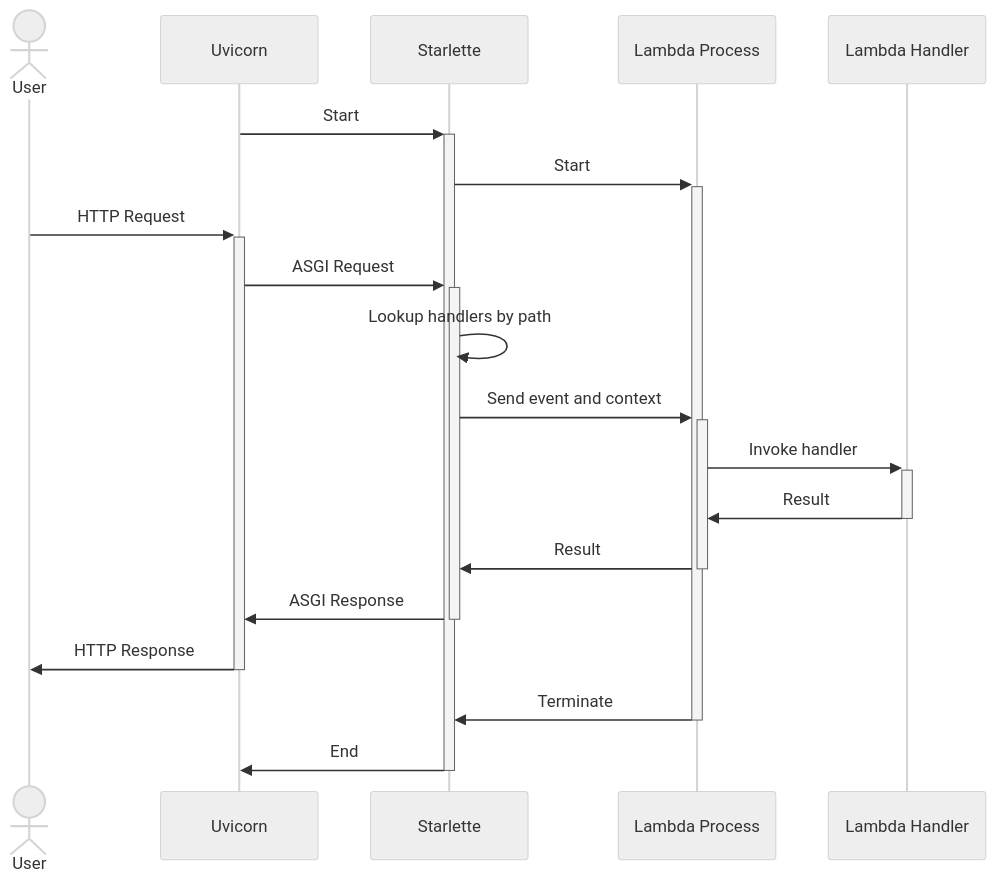
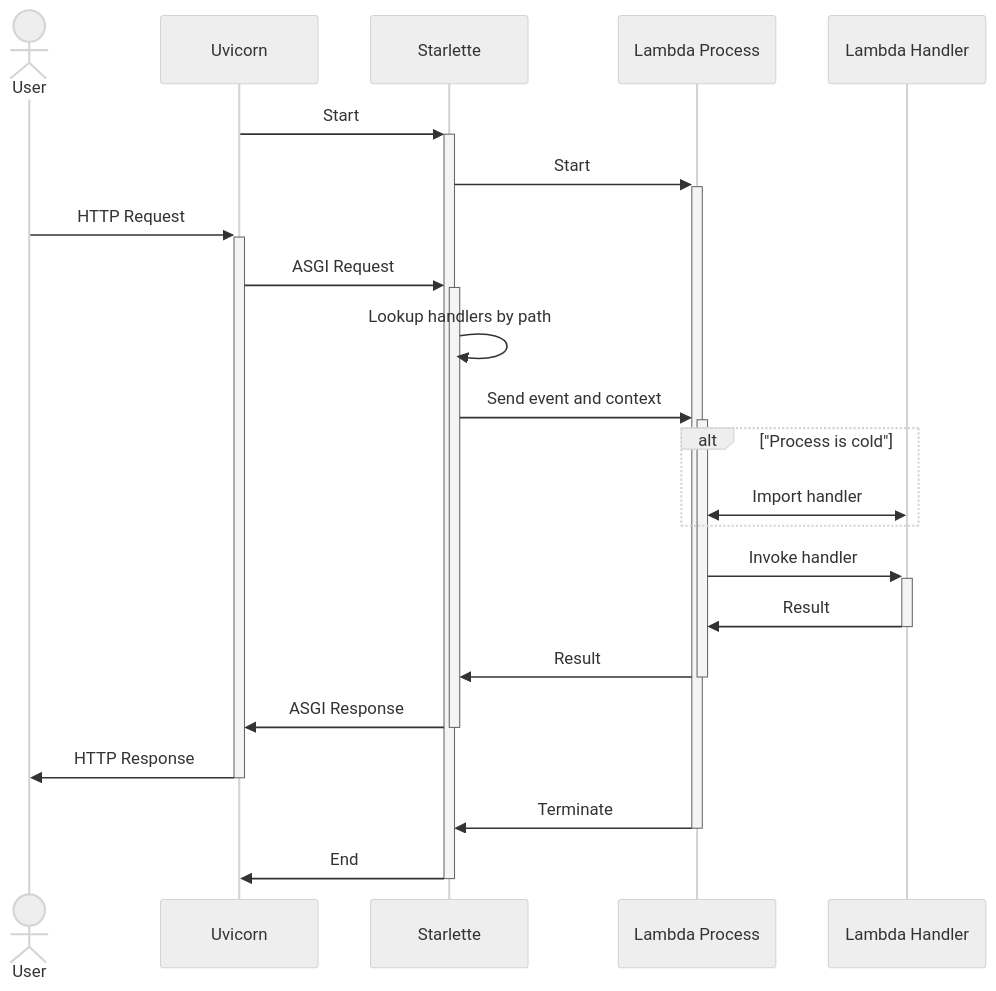
Before and after one commit to mirumee/smyth: the diagram in docs/index.md, drawn with Mermaid (neutral theme). The commit also changed 4 other files, not shown here.

````diff
--- a/docs/index.md
+++ b/docs/index.md
@@ -91,26 +91,29 @@
 ```mermaid
 sequenceDiagram
     actor User
     participant UVIC as Uvicorn
     participant STAR as Starlette
     participant PROC as Lambda Process
     participant HAND as Lambda Handler
 
     UVIC->>+STAR: Start
     STAR->>+PROC: Start
 
     User->>+UVIC: HTTP Request
     UVIC->>+STAR: ASGI Request
 
     STAR->>STAR: Lookup handlers by path
     STAR->>+PROC: Send event and context
+    alt "Process is cold"
+        PROC<<->>HAND: Import handler
+    end
     PROC->>+HAND: Invoke handler
     HAND->>-PROC: Result
     PROC->>-STAR: Result
 
     STAR->>-UVIC: ASGI Response
     UVIC->>-User: HTTP Response
 
     PROC->>-STAR: Terminate
     STAR->>-UVIC: End
 ```
````
